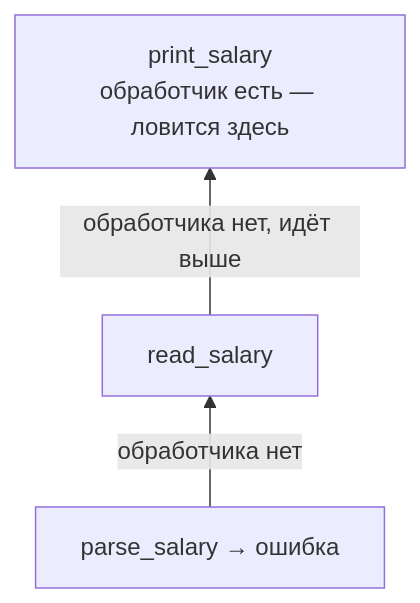
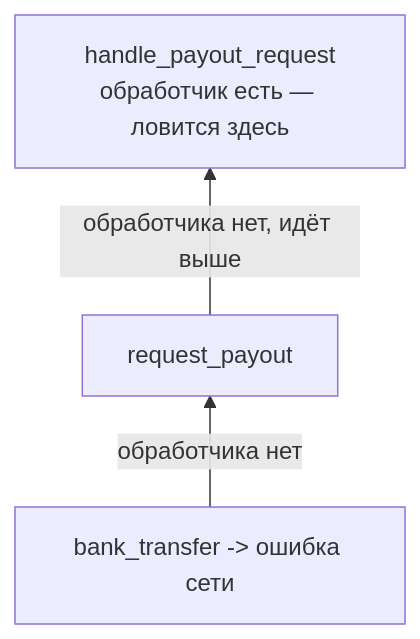
Before and after one commit to AlexeyMatskevich/cs-notes: the diagram in programming/errors-and-exceptions.md, drawn with Mermaid. The commit also changed other lines of this file and 16 other files, not shown here.

````diff
--- a/programming/errors-and-exceptions.md
+++ b/programming/errors-and-exceptions.md
@@ -76,5 +79,5 @@
 ```mermaid
 flowchart BT
-    P["parse_salary → ошибка"] -->|"обработчика нет"| R["read_salary"]
-    R -->|"обработчика нет, идёт выше"| PR["print_salary<br>обработчик есть — ловится здесь"]
+    P["bank_transfer -> ошибка сети"] -->|"обработчика нет"| R["request_payout"]
+    R -->|"обработчика нет, идёт выше"| H["handle_payout_request<br>обработчик есть — ловится здесь"]
 ```
````
